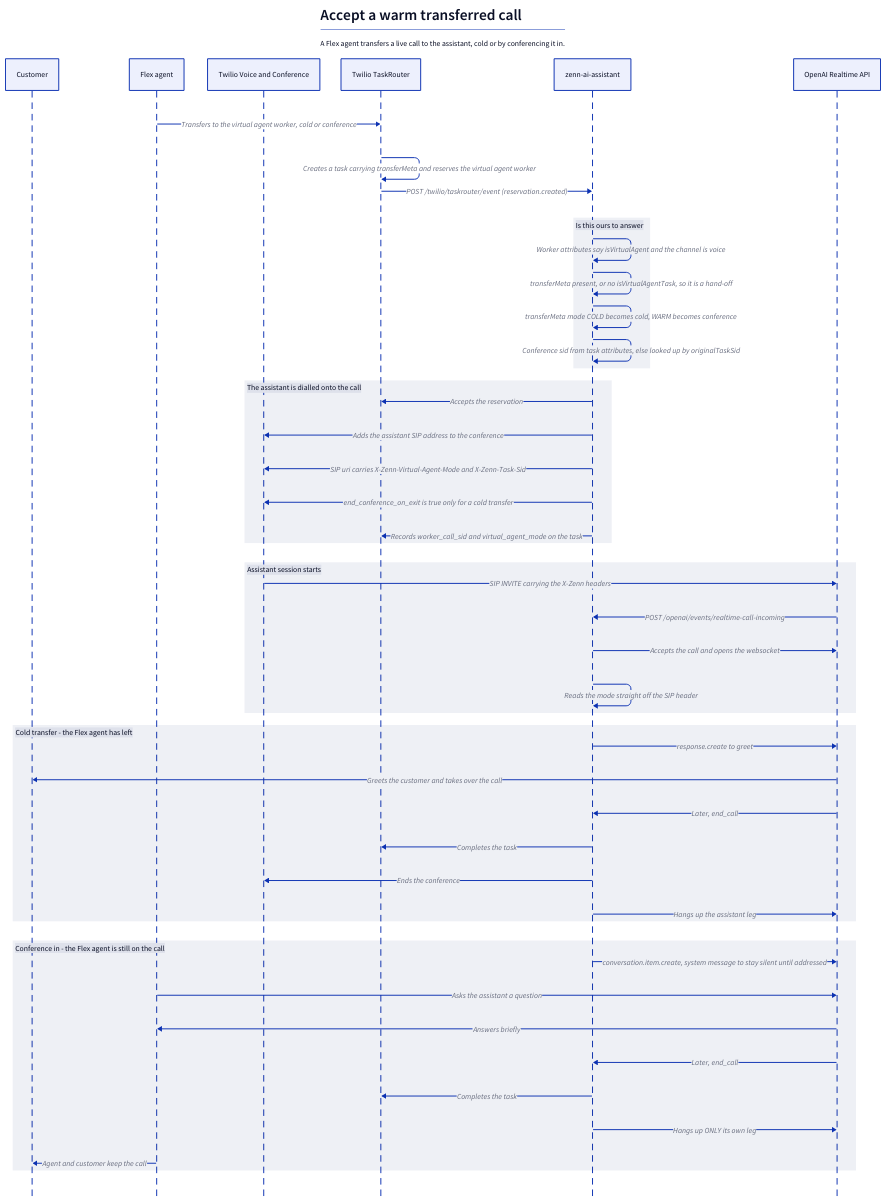
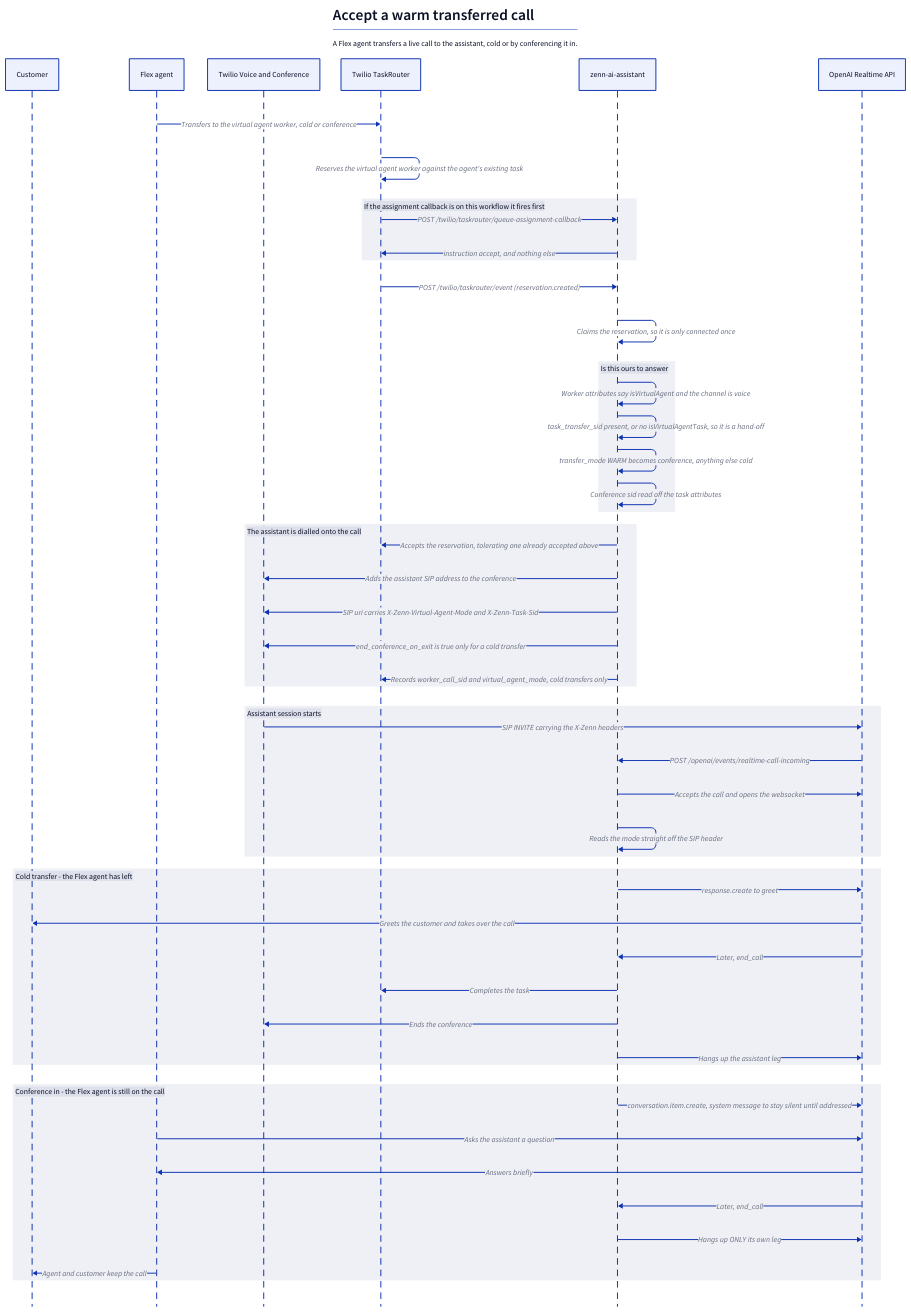
Before and after one commit to matthew-terazo/zennify-flex-ai-agent: the diagram in docs/architecture/accept-warm-transfer.d2, drawn with D2. The commit also changed 19 other files, not shown here.

Commit message:
working transfer from agent to bot

```diff
--- a/docs/architecture/accept-warm-transfer.d2
+++ b/docs/architecture/accept-warm-transfer.d2
@@ -1,84 +1,104 @@
 # Accept a transferred call
 #
 # A Flex agent hands a live call to the virtual agent, either by cold transferring it or
 # by conferencing the assistant in. Nothing on the Flex side will ever accept a
 # reservation offered to the virtual agent worker, so this system accepts it and dials
 # the assistant onto the call the customer is already on.
 #
 # Code: controllers/event-taskrouter-post.go (handleVoiceReservationCreated)
 #       models/virtual-agent-transfer.go
 #       controllers/event-openai-post.go
 
 title: |md
   # Accept a warm transferred call
   A Flex agent transfers a live call to the assistant, cold or by conferencing it in.
 | {near: top-center}
 
 shape: sequence_diagram
 
 customer: Customer
 agent: Flex agent
 voice: Twilio Voice and Conference
 taskrouter: Twilio TaskRouter
 app: zenn-ai-assistant
 openai: OpenAI Realtime API
 
 # Precondition: customer and Flex agent are already talking on a conference.
 
 agent -> taskrouter: Transfers to the virtual agent worker, cold or conference
-taskrouter -> taskrouter: Creates a task carrying transferMeta and reserves the virtual agent worker
+taskrouter -> taskrouter: Reserves the virtual agent worker against the agent's existing task
+
+callback: If the assignment callback is on this workflow it fires first {
+  taskrouter -> app: POST /twilio/taskrouter/queue-assignment-callback
+  app -> taskrouter: instruction accept, and nothing else
+
+  # It must not answer with a conference instruction here. That would dial the assistant
+  # in without the X-Zenn headers, so it would come up thinking it is alone with the
+  # customer and greet them mid-consultation.
+}
+
 taskrouter -> app: POST /twilio/taskrouter/event (reservation.created)
+app -> app: Claims the reservation, so it is only connected once
 
 decide: Is this ours to answer {
   app -> app: Worker attributes say isVirtualAgent and the channel is voice
-  app -> app: transferMeta present, or no isVirtualAgentTask, so it is a hand-off
+  app -> app: task_transfer_sid present, or no isVirtualAgentTask, so it is a hand-off
 
   # The assistant's own inbound reservation is answered by the queue assignment callback.
   # Answering that one here as well would put the assistant on the call twice.
 
-  app -> app: transferMeta mode COLD becomes cold, WARM becomes conference
-  app -> app: Conference sid from task attributes, else looked up by originalTaskSid
+  app -> app: transfer_mode WARM becomes conference, anything else cold
+
+  # Flex states the transfer on the event payload, not on the task. It writes no
+  # transferMeta block, so the event is the reliable source and it outranks any mode
+  # recorded on the task by an earlier transfer of the same task.
+
+  app -> app: Conference sid read off the task attributes
 }
 
 connect: The assistant is dialled onto the call {
-  app -> taskrouter: Accepts the reservation
+  app -> taskrouter: Accepts the reservation, tolerating one already accepted above
   app -> voice: Adds the assistant SIP address to the conference
   app -> voice: SIP uri carries X-Zenn-Virtual-Agent-Mode and X-Zenn-Task-Sid
   app -> voice: end_conference_on_exit is true only for a cold transfer
-  app -> taskrouter: Records worker_call_sid and virtual_agent_mode on the task
+  app -> taskrouter: Records worker_call_sid and virtual_agent_mode, cold transfers only
+
+  # On a conference-in the task is the agent's own and Flex is still writing to it, so
+  # nothing is written back. The SIP headers already carry mode and task sid.
 }
 
 session: Assistant session starts {
   voice -> openai: SIP INVITE carrying the X-Zenn headers
   openai -> app: POST /openai/events/realtime-call-incoming
   app -> openai: Accepts the call and opens the websocket
   app -> app: Reads the mode straight off the SIP header
 
   # The mode rides in on the invite rather than being read back from task attributes.
   # A task lookup would race the attribute write against the assistant's first words.
 }
 
 cold: Cold transfer - the Flex agent has left {
   app -> openai: response.create to greet
   openai -> customer: Greets the customer and takes over the call
   openai -> app: Later, end_call
   app -> taskrouter: Completes the task
   app -> voice: Ends the conference
   app -> openai: Hangs up the assistant leg
 }
 
 conference: Conference in - the Flex agent is still on the call {
   app -> openai: conversation.item.create, system message to stay silent until addressed
 
   # No greeting. The customer is mid-conversation with a human, and the assistant would
   # otherwise talk over them.
 
   agent -> openai: Asks the assistant a question
   openai -> agent: Answers briefly
   openai -> app: Later, end_call
-  app -> taskrouter: Completes the task
   app -> openai: Hangs up ONLY its own leg
   agent -> customer: Agent and customer keep the call
 
-  # Ending the conference here would hang up on the agent and their customer.
+  # The task is not completed either. It belongs to the agent still running the call, so
+  # completing it would finish their task out from under them. Ending the conference
+  # would hang up on them outright.
 }
```
